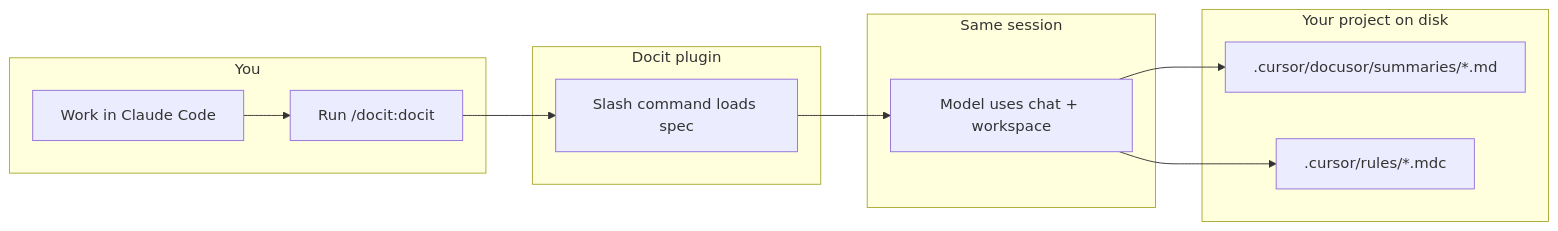
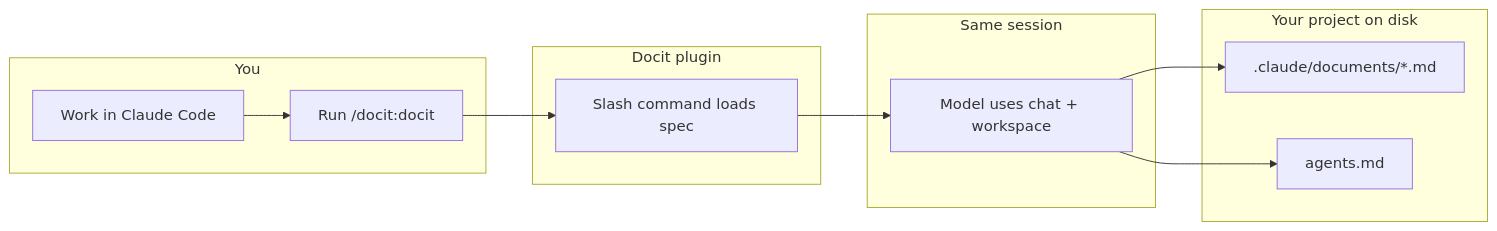
Before and after one commit to yash0208/claude-docit-plugin: the first of 2 diagrams in README.md, drawn with Mermaid. The commit also changed other lines of this file and 5 other files, not shown here.

Commit message:
specializing for claude agents

````diff
--- a/README.md
+++ b/README.md
@@ -68,22 +68,22 @@
 ```mermaid
 flowchart LR
   subgraph you["You"]
     A[Work in Claude Code]
     B["Run /docit:docit"]
   end
   subgraph plugin["Docit plugin"]
     C[Slash command loads spec]
   end
   subgraph same["Same session"]
     D[Model uses chat + workspace]
   end
   subgraph repo["Your project on disk"]
-    E[".cursor/docusor/summaries/*.md"]
-    F[".cursor/rules/*.mdc"]
+    E[".claude/documents/*.md"]
+    F["agents.md"]
   end
   A --> B
   B --> C
   C --> D
   D --> E
   D --> F
 ```
````
